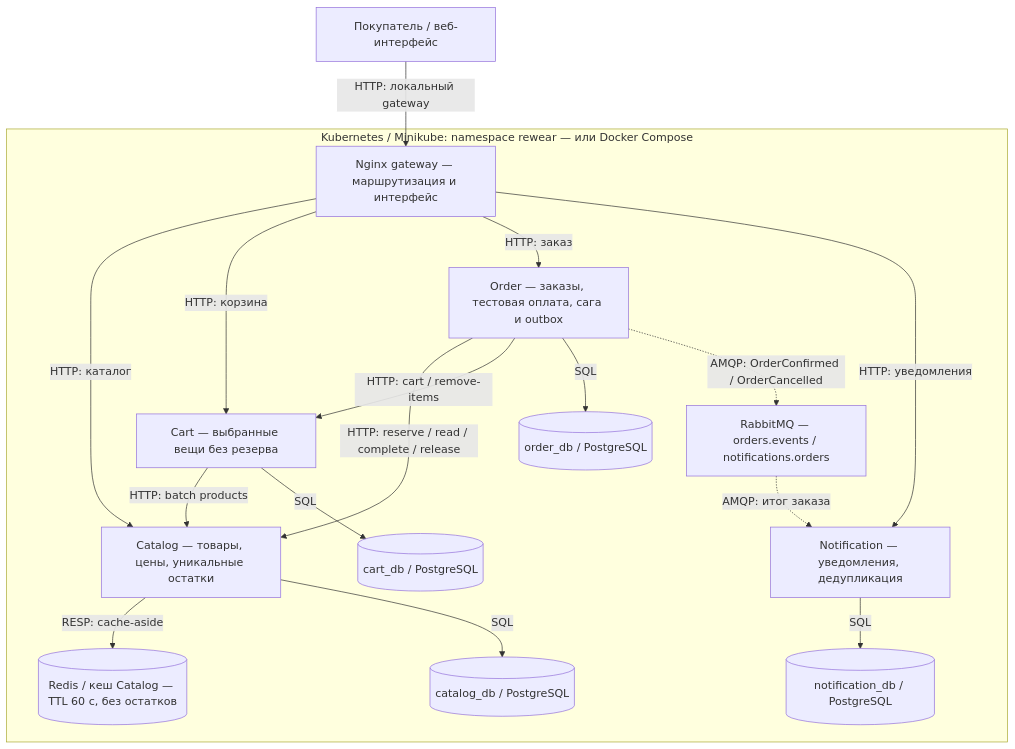
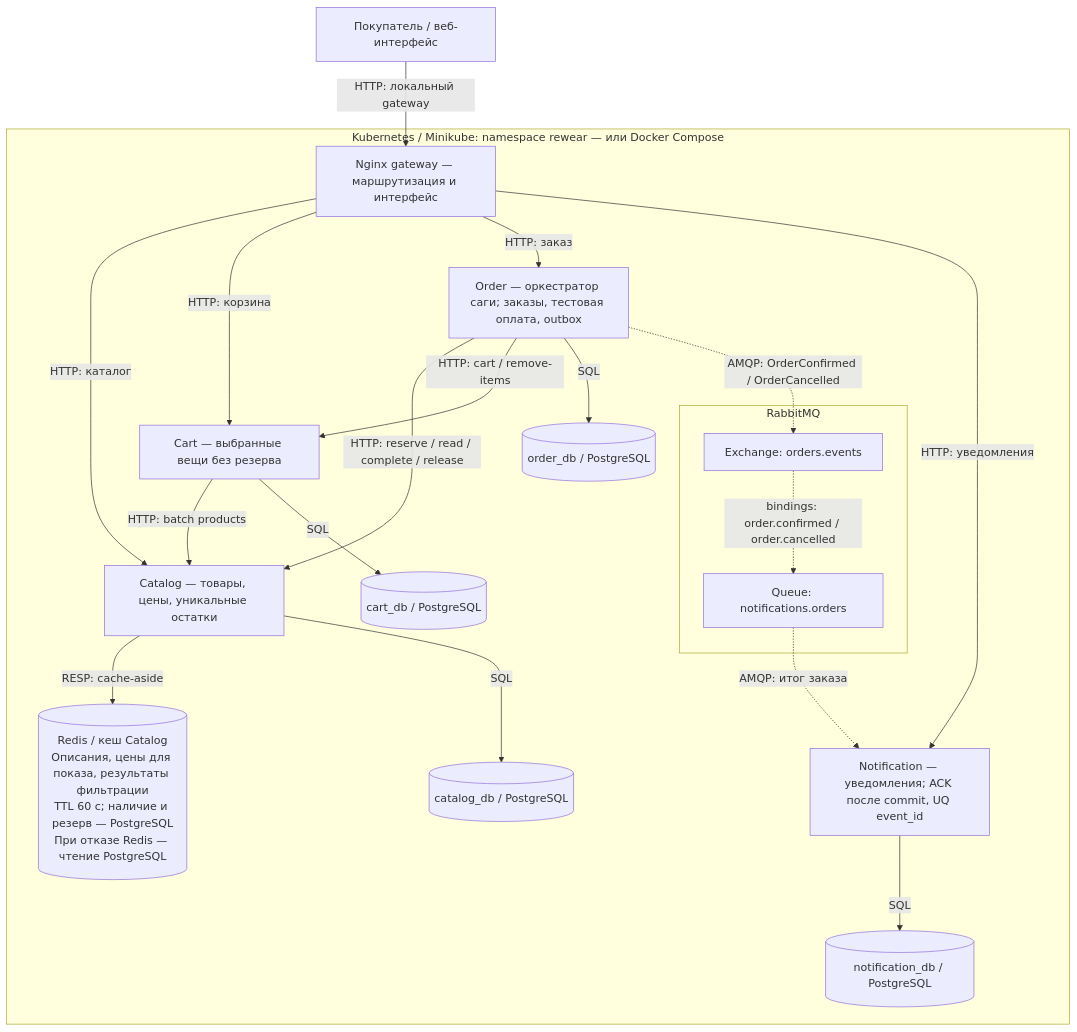
The diagram in docs/diagrams/architecture.mmd (fairwix/rewear-microservices-design), drawn with Mermaid before and after one commit. The commit also changed 3 other files, not shown here.

Commit message:
docs: clarify saga orchestrator cache and RabbitMQ routing in diagram

```diff
--- a/docs/diagrams/architecture.mmd
+++ b/docs/diagrams/architecture.mmd
@@ -1,30 +1,34 @@
 flowchart TB
     UI["Покупатель / веб-интерфейс"]
     subgraph LOCAL["Kubernetes / Minikube: namespace rewear — или Docker Compose"]
         GW["Nginx gateway — маршрутизация и интерфейс"]
         C["Catalog — товары, цены, уникальные остатки"]
         A["Cart — выбранные вещи без резерва"]
-        O["Order — заказы, тестовая оплата, сага и outbox"]
-        N["Notification — уведомления, дедупликация"]
+        O["Order — оркестратор саги; заказы, тестовая оплата, outbox"]
+        N["Notification — уведомления; ACK после commit, UQ event_id"]
         CD[("catalog_db / PostgreSQL")]
         AD[("cart_db / PostgreSQL")]
         OD[("order_db / PostgreSQL")]
         ND[("notification_db / PostgreSQL")]
-        R[("Redis / кеш Catalog — TTL 60 с, без остатков")]
-        B["RabbitMQ — orders.events / notifications.orders"]
+        R[("Redis / кеш Catalog<br/>Описания, цены для показа, результаты фильтрации<br/>TTL 60 с; наличие и резерв — PostgreSQL<br/>При отказе Redis — чтение PostgreSQL")]
+        subgraph BROKER["RabbitMQ"]
+            EX["Exchange: orders.events"]
+            Q["Queue: notifications.orders"]
+            EX -.->|"bindings: order.confirmed / order.cancelled"| Q
+        end
         GW -->|"HTTP: каталог"| C
         GW -->|"HTTP: корзина"| A
         GW -->|"HTTP: заказ"| O
         GW -->|"HTTP: уведомления"| N
         A -->|"HTTP: batch products"| C
         O -->|"HTTP: reserve / read / complete / release"| C
         O -->|"HTTP: cart / remove-items"| A
         C -->|"RESP: cache-aside"| R
         C -->|SQL| CD
         A -->|SQL| AD
         O -->|SQL| OD
         N -->|SQL| ND
-        O -.->|"AMQP: OrderConfirmed / OrderCancelled"| B
-        B -.->|"AMQP: итог заказа"| N
+        O -.->|"AMQP: OrderConfirmed / OrderCancelled"| EX
+        Q -.->|"AMQP: итог заказа"| N
     end
     UI -->|"HTTP: локальный gateway"| GW
```
